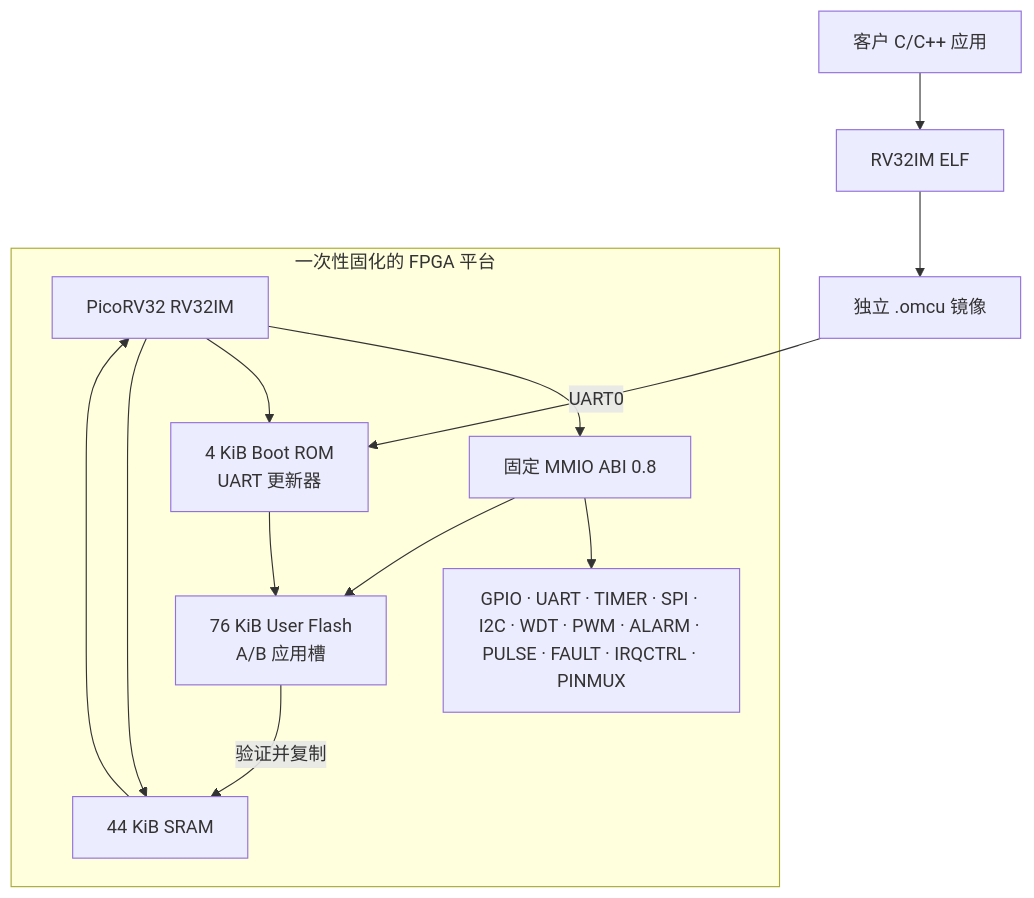
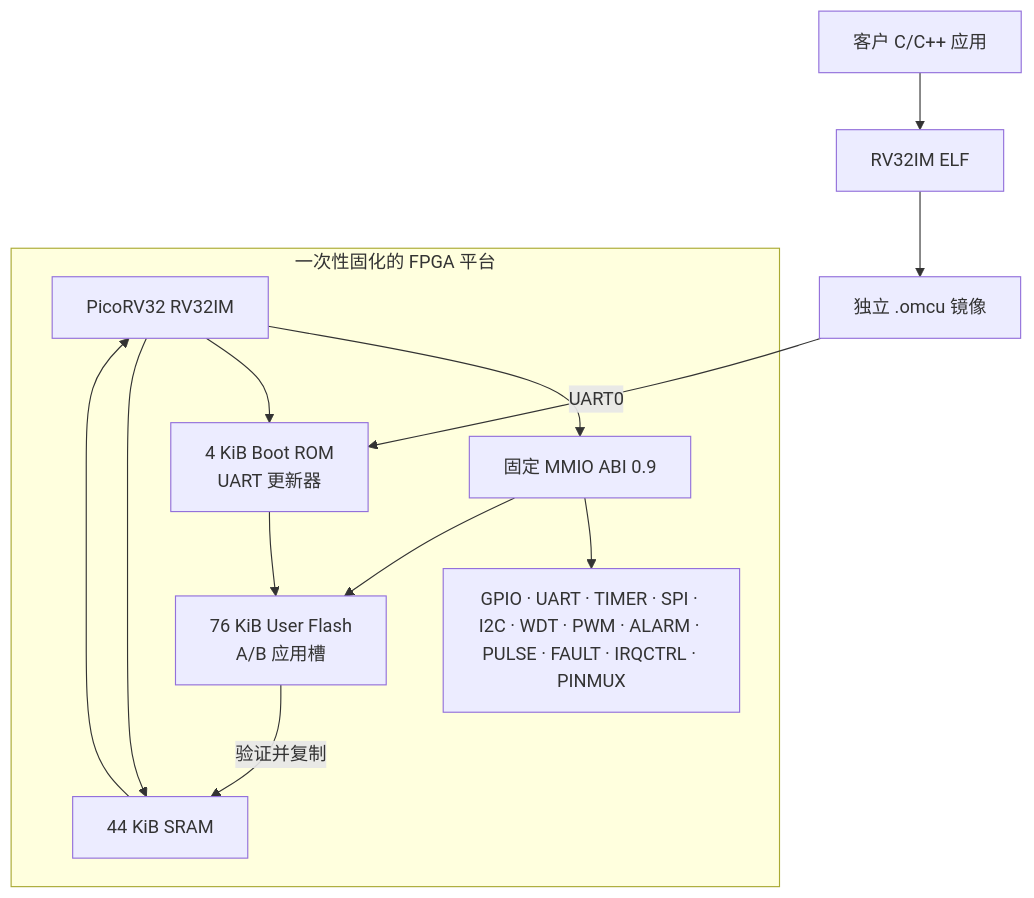
Before and after one commit to tianrking/OpenMCU-TN9K: the first of 2 diagrams in docs/zh-CN/datasheet.md, drawn with Mermaid. The commit also changed other lines of this file and 19 other files, not shown here.

````diff
--- a/docs/zh-CN/datasheet.md
+++ b/docs/zh-CN/datasheet.md
@@ -25,16 +25,16 @@
 ```mermaid
 flowchart TB
   subgraph Fixed[一次性固化的 FPGA 平台]
-    CPU[PicoRV32 RV32IM] --> MMIO[固定 MMIO ABI 0.8]
+    CPU[PicoRV32 RV32IM] --> MMIO[固定 MMIO ABI 0.9]
     CPU --> ROM[4 KiB Boot ROM\nUART 更新器]
     CPU --> SRAM[44 KiB SRAM]
     MMIO --> PERI[GPIO · UART · TIMER · SPI · I2C · WDT · PWM · ALARM · PULSE · FAULT · IRQCTRL · PINMUX]
     MMIO --> FLASH[76 KiB User Flash\nA/B 应用槽]
   end
   APP[客户 C/C++ 应用] --> ELF[RV32IM ELF]
   ELF --> IMAGE[独立 .omcu 镜像]
   IMAGE -->|UART0| ROM
   ROM --> FLASH
   FLASH -->|验证并复制| SRAM
   SRAM --> CPU
 ```
````
